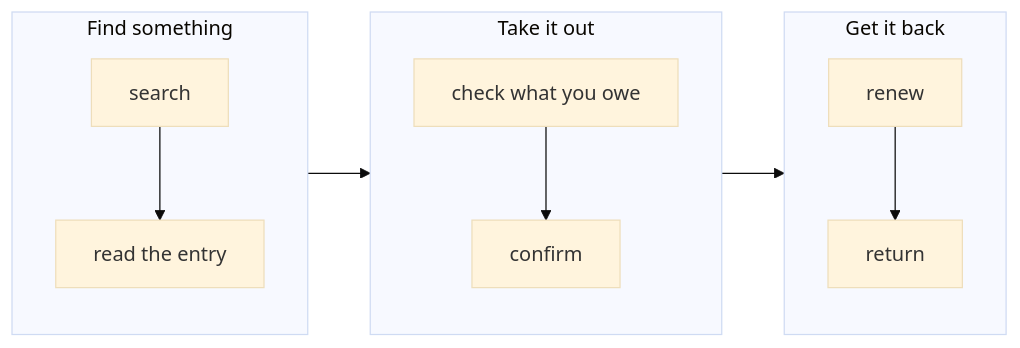
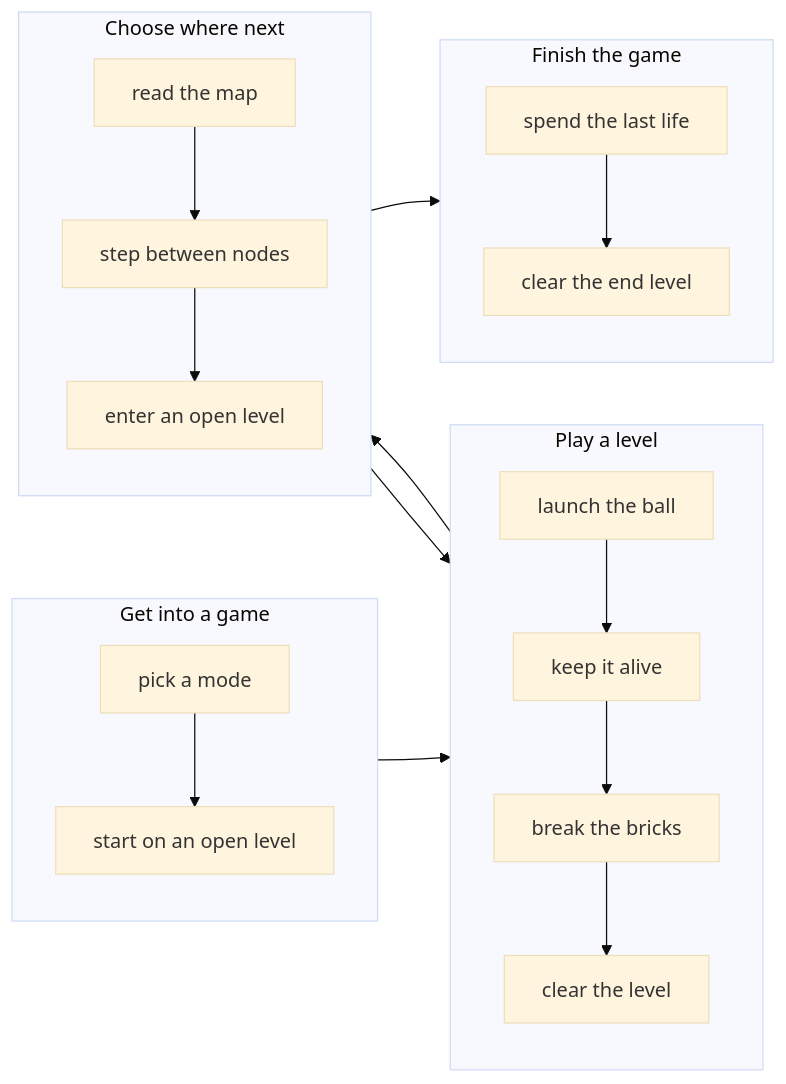
The diagram in doc/implementation-spec.md (stefanvr/trazer), drawn with Mermaid (base theme) before and after one commit. The commit also changed other lines of this file and 1 other file, not shown here.

First line of the commit message:
Map the journeys through the run, and slice them into goals

````diff
--- a/doc/implementation-spec.md
+++ b/doc/implementation-spec.md
@@ -50,13 +50,17 @@
 ```mermaid
 flowchart LR
-  subgraph A[Find something]
-    A1[search] --> A2[read the entry]
+  subgraph A[Get into a game]
+    A1[pick a mode] --> A2[start on an open level]
   end
-  subgraph B[Take it out]
-    B1[check what you owe] --> B2[confirm]
+  subgraph B[Play a level]
+    B1[launch the ball] --> B2[keep it alive] --> B3[break the bricks] --> B4[clear the level]
   end
-  subgraph C[Get it back]
-    C1[renew] --> C2[return]
+  subgraph C[Choose where next]
+    C1[read the map] --> C2[step between nodes] --> C3[enter an open level]
   end
-  A --> B --> C
+  subgraph D[Finish the game]
+    D1[spend the last life] --> D2[clear the end level]
+  end
+  A --> B --> C --> D
+  C --> B
 ```
````
